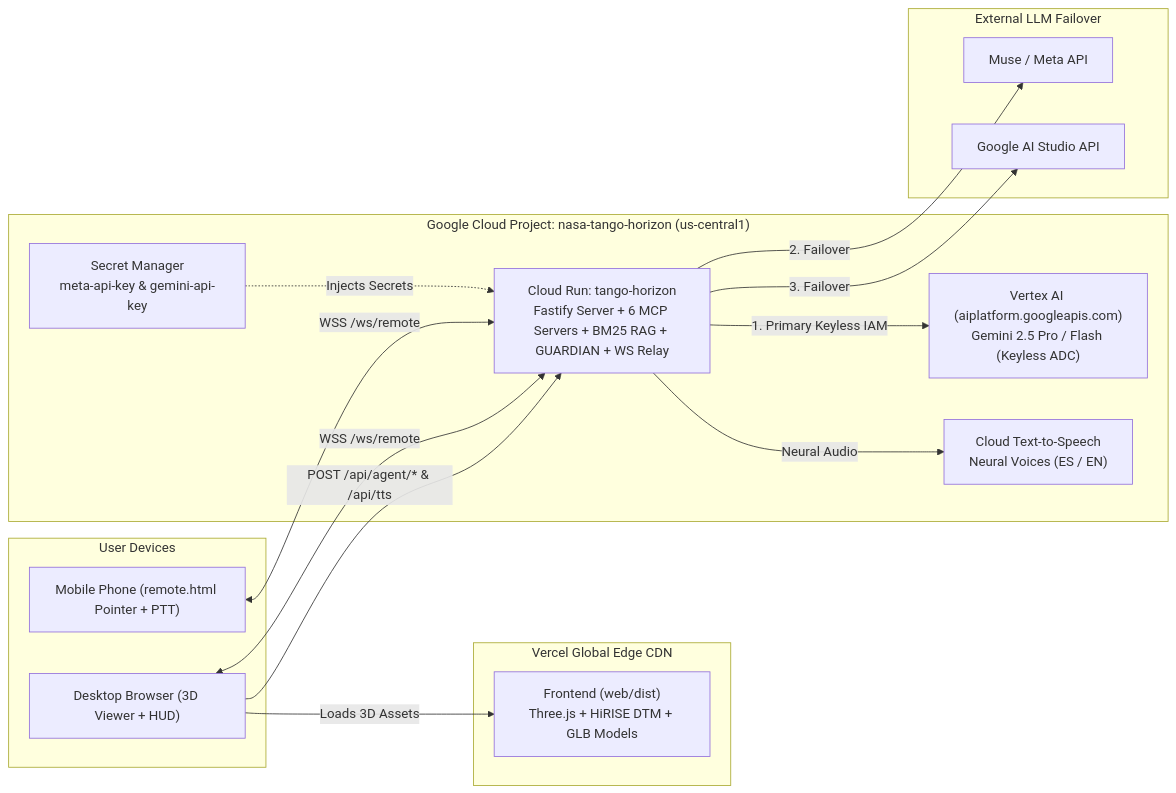
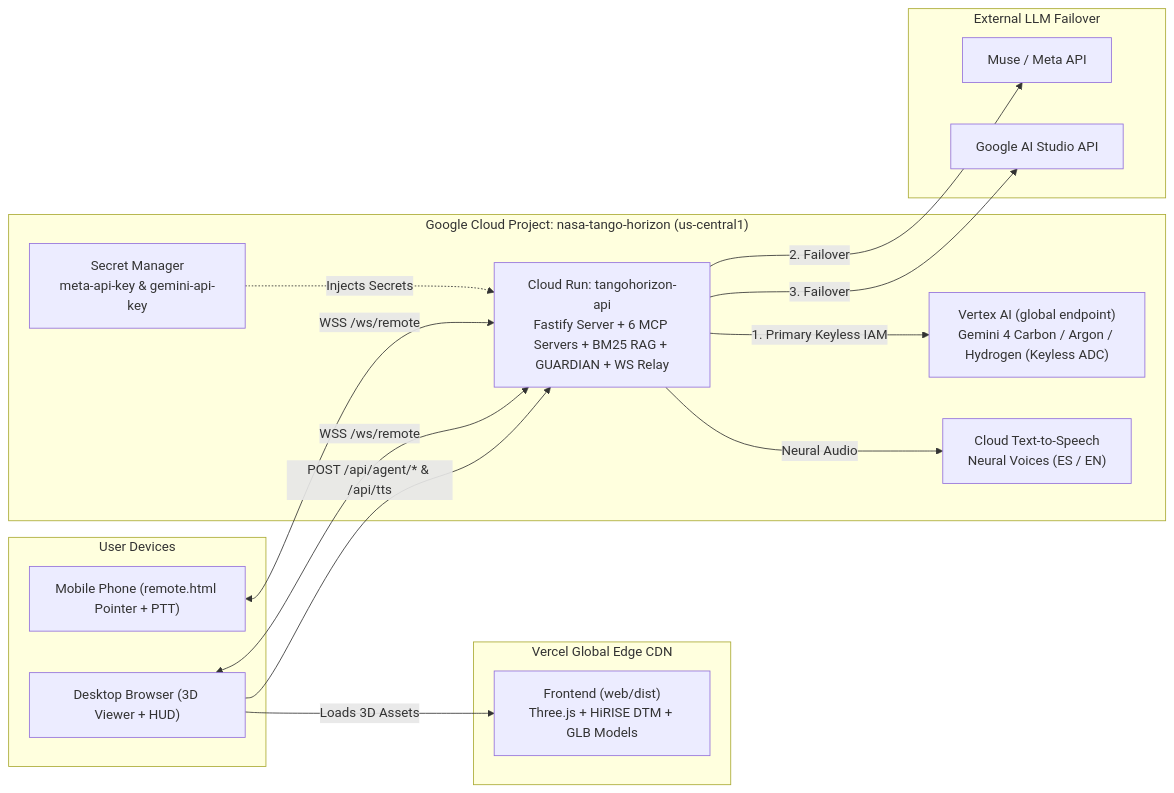
Before and after one commit to agustindiazcano/nasa-mars-tango-horizon: the diagram in docs/INFRASTRUCTURE_AND_VERTEX_AI.md, drawn with Mermaid. The commit also changed other lines of this file and 1 other file, not shown here.

````diff
--- a/docs/INFRASTRUCTURE_AND_VERTEX_AI.md
+++ b/docs/INFRASTRUCTURE_AND_VERTEX_AI.md
@@ -101,33 +103,33 @@
 ```mermaid
 graph LR
     subgraph CLIENT["User Devices"]
         BROWSER["Desktop Browser (3D Viewer + HUD)"]
         PHONE["Mobile Phone (remote.html Pointer + PTT)"]
     end
 
     subgraph VERCEL["Vercel Global Edge CDN"]
         WEB["Frontend (web/dist)<br/>Three.js + HiRISE DTM + GLB Models"]
     end
 
     subgraph GCP["Google Cloud Project: nasa-tango-horizon (us-central1)"]
-        CR["Cloud Run: tango-horizon<br/>Fastify Server + 6 MCP Servers + BM25 RAG + GUARDIAN + WS Relay"]
-        VERTEX["Vertex AI (aiplatform.googleapis.com)<br/>Gemini 2.5 Pro / Flash (Keyless ADC)"]
+        CR["Cloud Run: tangohorizon-api<br/>Fastify Server + 6 MCP Servers + BM25 RAG + GUARDIAN + WS Relay"]
+        VERTEX["Vertex AI (global endpoint)<br/>Gemini 4 Carbon / Argon / Hydrogen (Keyless ADC)"]
         TTS["Cloud Text-to-Speech<br/>Neural Voices (ES / EN)"]
         SM["Secret Manager<br/>meta-api-key & gemini-api-key"]
     end
 
     subgraph EXTERNAL_LLM["External LLM Failover"]
         META["Muse / Meta API"]
         AISTUDIO["Google AI Studio API"]
     end
 
     BROWSER -->|Loads 3D Assets| WEB
     BROWSER -->|POST /api/agent/* & /api/tts| CR
     BROWSER <-->|WSS /ws/remote| CR
     PHONE <-->|WSS /ws/remote| CR
     CR -->|1. Primary Keyless IAM| VERTEX
     CR -->|2. Failover| META
     CR -->|3. Failover| AISTUDIO
     CR -->|Neural Audio| TTS
     SM -.->|Injects Secrets| CR
 ```
````
